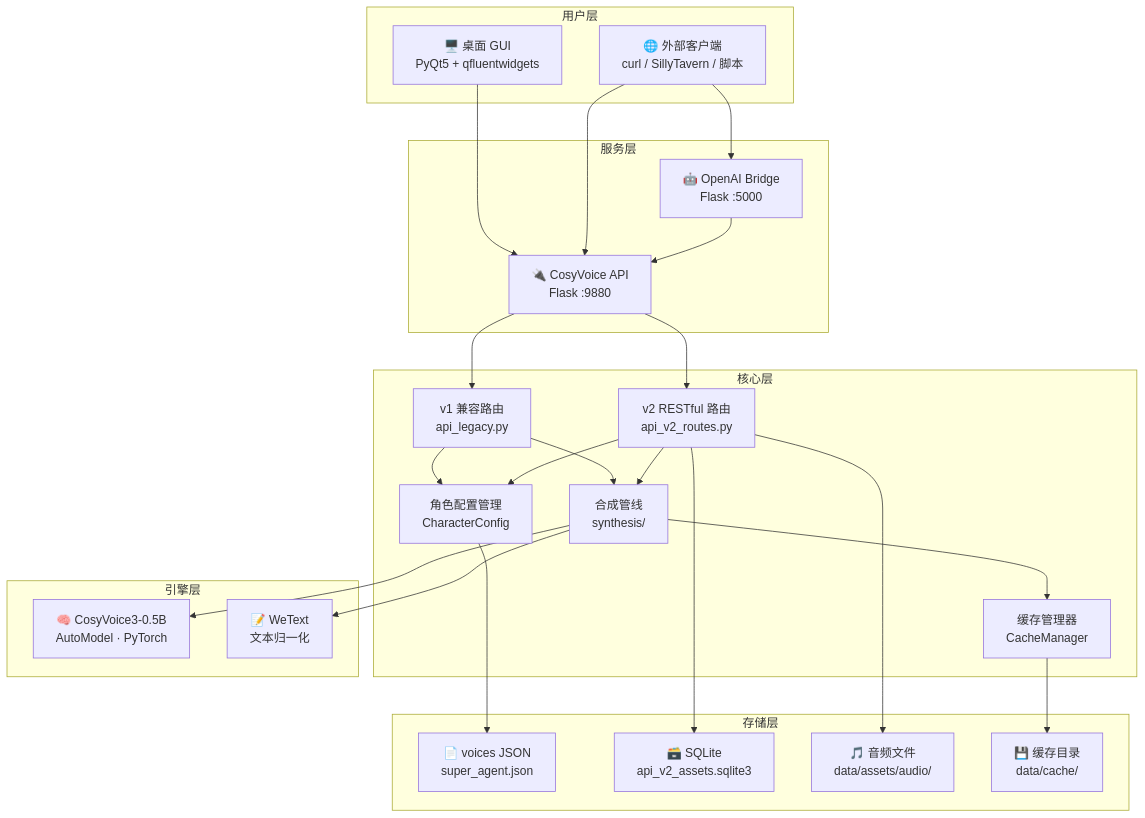
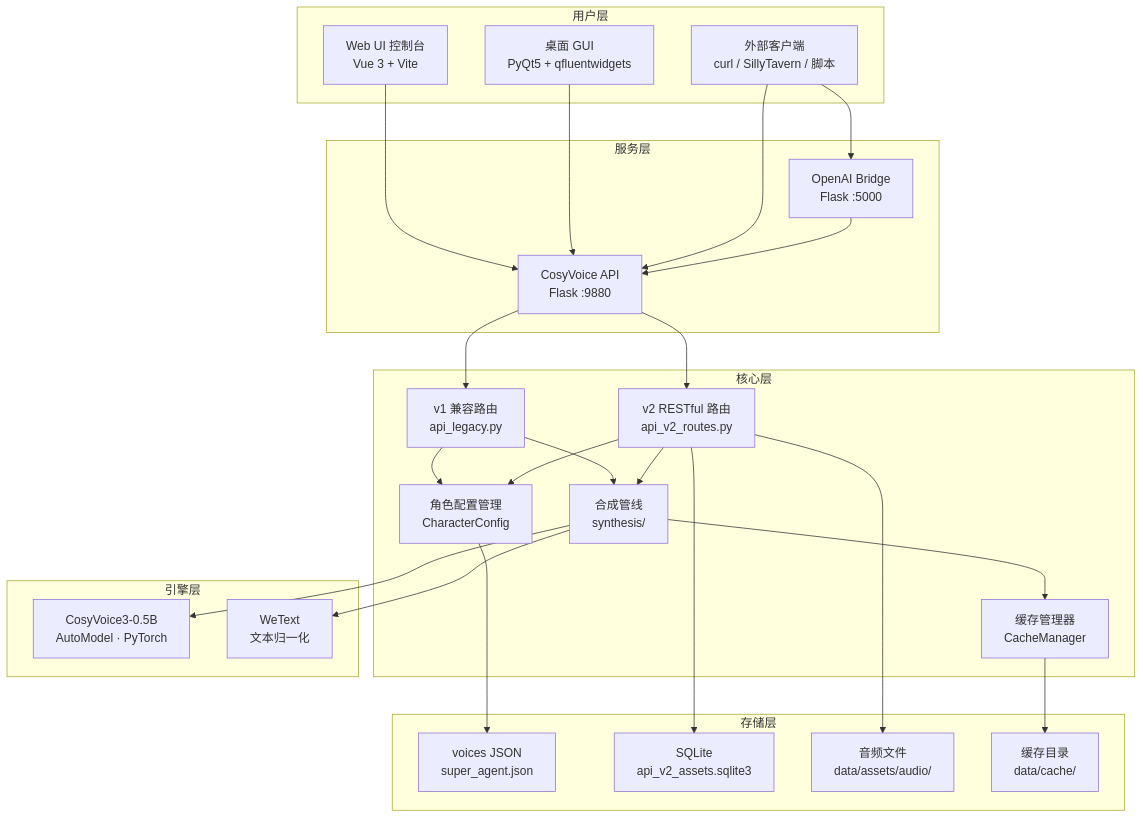
One commit to ASDK-123/voice changed the first of 2 diagrams in README.md. Above: the diagram before and after it, drawn with Mermaid. The commit also changed other lines of this file and 155 other files, not shown here.

````diff
--- a/README.md
+++ b/README.md
@@ -68,51 +119,53 @@
 ```mermaid
 graph TB
     subgraph 用户层
-        GUI["🖥️ 桌面 GUI<br/>PyQt5 + qfluentwidgets"]
-        ExtClient["🌐 外部客户端<br/>curl / SillyTavern / 脚本"]
+        WebUI["Web UI 控制台<br/>Vue 3 + Vite"]
+        GUI["桌面 GUI<br/>PyQt5 + qfluentwidgets"]
+        ExtClient["外部客户端<br/>curl / SillyTavern / 脚本"]
     end
 
     subgraph 服务层
-        Bridge["🤖 OpenAI Bridge<br/>Flask :5000"]
-        API["🔌 CosyVoice API<br/>Flask :9880"]
+        Bridge["OpenAI Bridge<br/>Flask :5000"]
+        API["CosyVoice API<br/>Flask :9880"]
     end
 
     subgraph 核心层
         V1Routes["v1 兼容路由<br/>api_legacy.py"]
         V2Routes["v2 RESTful 路由<br/>api_v2_routes.py"]
         CharConfig["角色配置管理<br/>CharacterConfig"]
         SynthPipe["合成管线<br/>synthesis/"]
         CacheMgr["缓存管理器<br/>CacheManager"]
     end
 
     subgraph 引擎层
-        CosyVoice["🧠 CosyVoice3-0.5B<br/>AutoModel · PyTorch"]
-        WeText["📝 WeText<br/>文本归一化"]
+        CosyVoice["CosyVoice3-0.5B<br/>AutoModel · PyTorch"]
+        WeText["WeText<br/>文本归一化"]
     end
 
     subgraph 存储层
-        VoiceStore["📄 voices JSON<br/>super_agent.json"]
-        AssetDB["🗃️ SQLite<br/>api_v2_assets.sqlite3"]
-        AudioFiles["🎵 音频文件<br/>data/assets/audio/"]
-        CacheDir["💾 缓存目录<br/>data/cache/"]
+        VoiceStore["voices JSON<br/>super_agent.json"]
+        AssetDB["SQLite<br/>api_v2_assets.sqlite3"]
+        AudioFiles["音频文件<br/>data/assets/audio/"]
+        CacheDir["缓存目录<br/>data/cache/"]
     end
 
+    WebUI --> API
     GUI --> API
     ExtClient --> API
     ExtClient --> Bridge
     Bridge --> API
 
     API --> V1Routes
     API --> V2Routes
     V1Routes --> CharConfig
     V2Routes --> CharConfig
     V1Routes --> SynthPipe
     V2Routes --> SynthPipe
     SynthPipe --> CacheMgr
     SynthPipe --> CosyVoice
     SynthPipe --> WeText
     CharConfig --> VoiceStore
     V2Routes --> AssetDB
     V2Routes --> AudioFiles
     CacheMgr --> CacheDir
 ```
````
